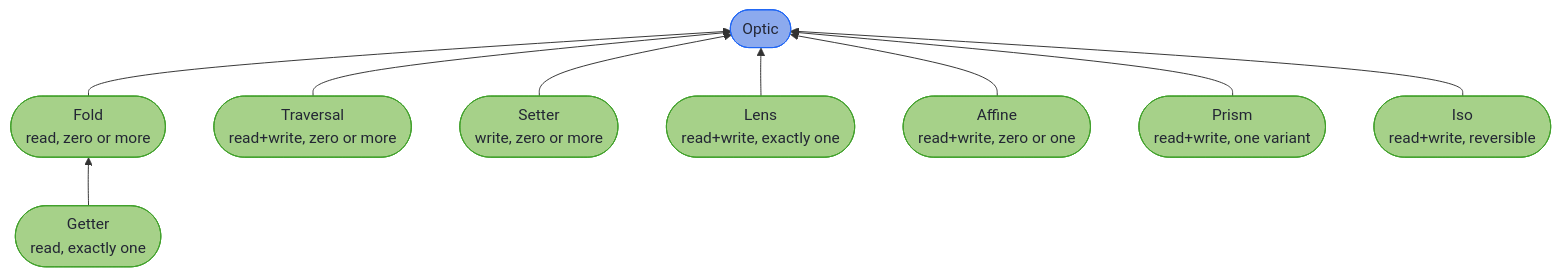
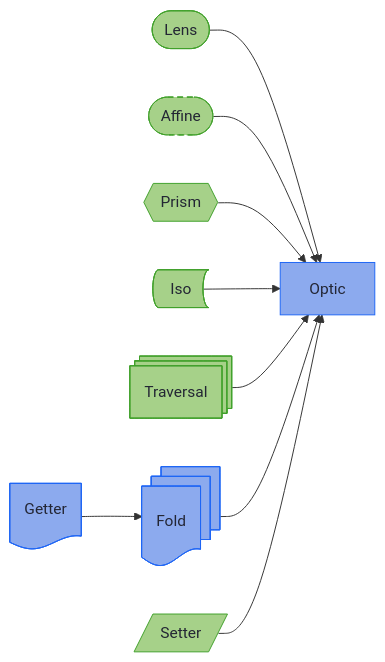
The first of 2 diagrams in hkj-book/src/optics/ch_intro.md (higher-kinded-j/higher-kinded-j), drawn with Mermaid before and after one commit. The commit also changed other lines of this file and 24 other files, not shown here.

````diff
--- a/hkj-book/src/optics/ch_intro.md
+++ b/hkj-book/src/optics/ch_intro.md
@@ -66,18 +66,21 @@
 ```mermaid
-flowchart BT
+flowchart LR
     accTitle: How the eight optic types relate
-    accDescr: Fold, Traversal, Setter, Lens, Affine, Prism and Iso each extend Optic directly. Getter extends Fold, the only inheritance between two optic types.
-    F(["Fold<br/>read, zero or more"]) --> O(["Optic"])
-    T(["Traversal<br/>read+write, zero or more"]) --> O
-    St(["Setter<br/>write, zero or more"]) --> O
-    L(["Lens<br/>read+write, exactly one"]) --> O
-    A(["Affine<br/>read+write, zero or one"]) --> O
-    P(["Prism<br/>read+write, one variant"]) --> O
-    I(["Iso<br/>read+write, reversible"]) --> O
-    G(["Getter<br/>read, exactly one"]) --> F
-
+    accDescr: Fold, Traversal, Setter, Lens, Affine, Prism and Iso each extend Optic directly. Getter extends Fold, the only inheritance between two optic types. Each optic is drawn in its legend shape.
+    L(["Lens"]) --> O["Optic"]
+    A(["Affine"]) --> O
+    P@{ shape: hex, label: "Prism" } --> O
+    I@{ shape: bow-rect, label: "Iso" } --> O
+    T@{ shape: st-rect, label: "Traversal" } --> O
+    F@{ shape: docs, label: "Fold" } --> O
+    S@{ shape: lean-r, label: "Setter" } --> O
+    G@{ shape: doc, label: "Getter" } --> F
     classDef root fill:#8caaee,stroke:#1e66f5,color:#232634
-    classDef tier fill:#a6d189,stroke:#40a02b,color:#232634
+    classDef rw fill:#a6d189,stroke:#40a02b,color:#232634
+    classDef maybe fill:#a6d189,stroke:#40a02b,color:#232634,stroke-dasharray:6 4
+    classDef ro fill:#8caaee,stroke:#1e66f5,color:#232634
     class O root
-    class F,T,St,L,A,P,I,G tier
+    class L,P,T,I,S rw
+    class A maybe
+    class F,G ro
 ```
````
